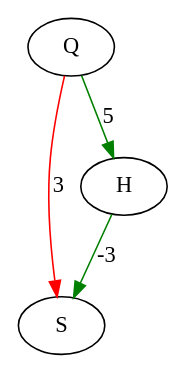
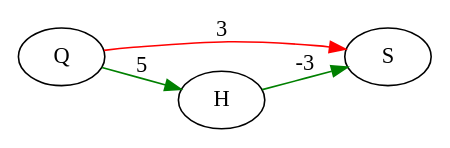
One commit to Fiona-J-W/ICPC-Graphen changed the diagram in dijkstra_gegenbeispiel.dot. Above: the diagram before and after it, drawn with Graphviz. The commit also changed 76 other files, not shown here.

```diff
--- a/dijkstra_gegenbeispiel.dot
+++ b/dijkstra_gegenbeispiel.dot
@@ -1,8 +1,11 @@
 strict digraph {
+	rankdir="LR"
 	0 -> 1 [label=3,color=red]
 	0 -> 2 [label=5, color=green]
 	2 -> 1 [label=-3, color=green]
+
+	edge[len=100];
 	0 [label=Q]
 	1 [label=S]
 	2 [label=H]
 }
```
